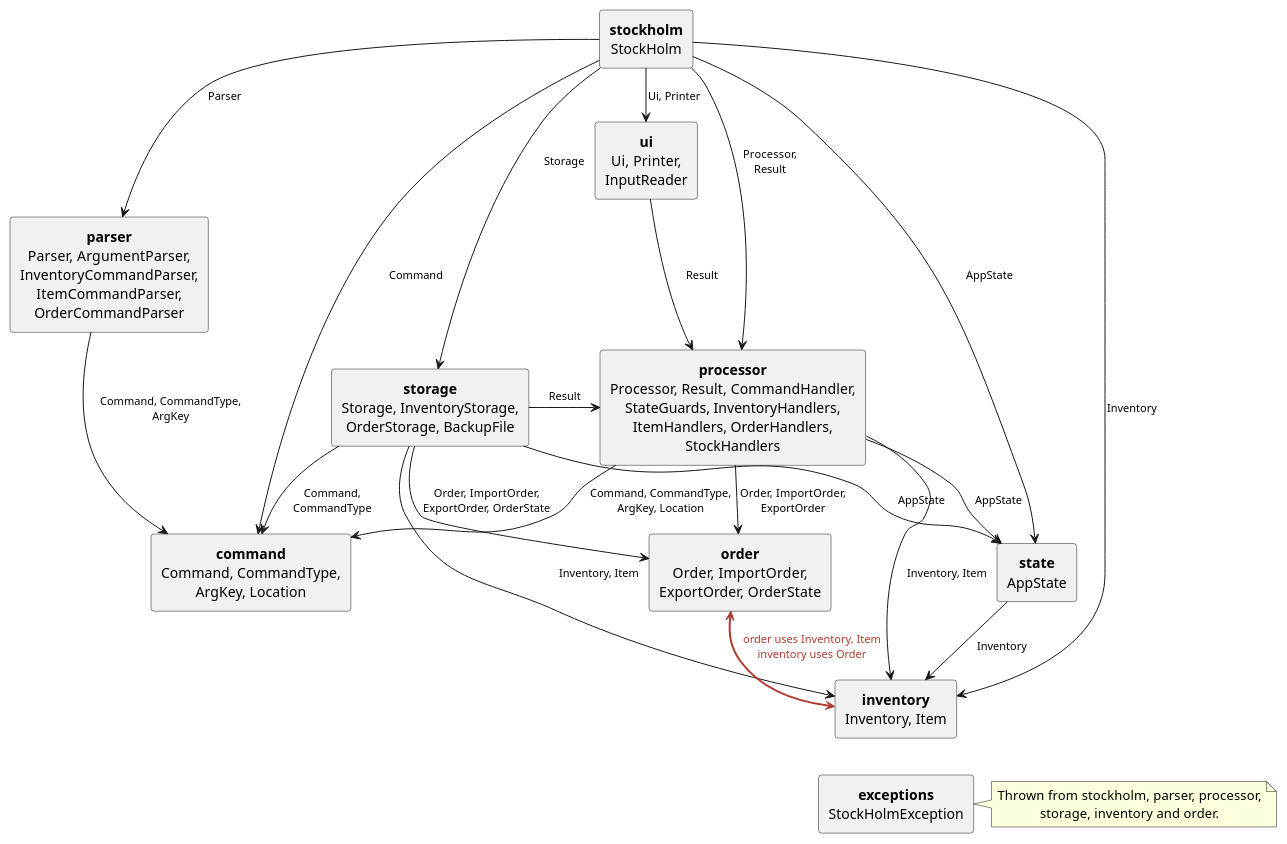
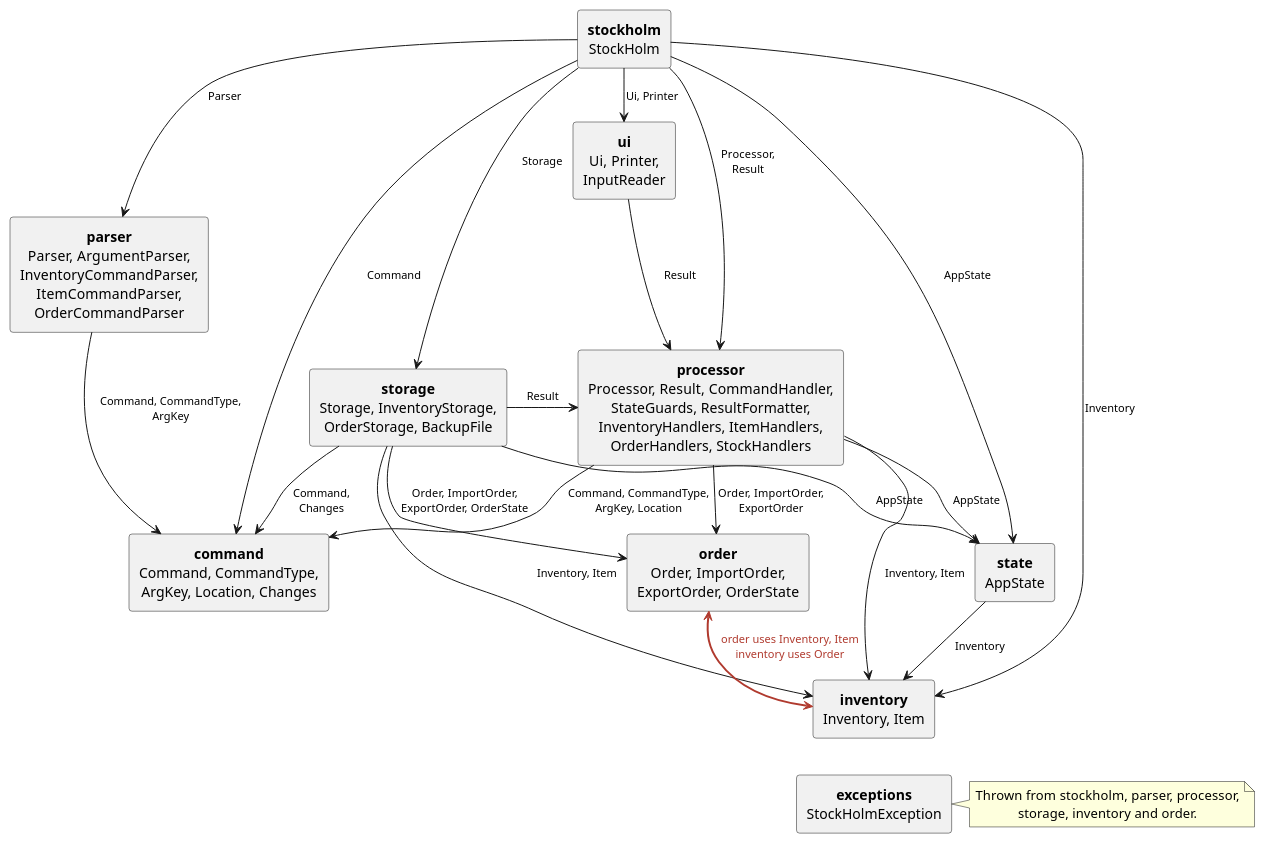
One commit to AY2627S1-CS2113-W14-4/tp changed the diagram in docs/diagrams/CouplingDiagram.puml. Above: the diagram before and after it, drawn with PlantUML. The commit also changed 8 other files, not shown here.

Commit message:
Move list formatting into ResultFormatter

```diff
--- a/docs/diagrams/CouplingDiagram.puml
+++ b/docs/diagrams/CouplingDiagram.puml
@@ -1,52 +1,52 @@
 @startuml
 !pragma layout smetana
 top to bottom direction
 skinparam defaultTextAlignment center
 skinparam ArrowFontSize 11
 skinparam rectangle {
     RoundCorner 6
 }
 
 ' One box per package, listing its classes. Each arrow means "some class in the source package uses
 ' these classes of the target package". Arrows into stockholm.exceptions are left out; see the note.
 
 rectangle "**stockholm**\nStockHolm" as main
 rectangle "**ui**\nUi, Printer,\nInputReader" as ui
 rectangle "**parser**\nParser, ArgumentParser,\nInventoryCommandParser,\nItemCommandParser,\nOrderCommandParser" as parser
 rectangle "**storage**\nStorage, InventoryStorage,\nOrderStorage, BackupFile" as storage
-rectangle "**processor**\nProcessor, Result, CommandHandler,\nStateGuards, InventoryHandlers,\nItemHandlers, OrderHandlers,\nStockHandlers" as processor
-rectangle "**command**\nCommand, CommandType,\nArgKey, Location" as command
+rectangle "**processor**\nProcessor, Result, CommandHandler,\nStateGuards, ResultFormatter,\nInventoryHandlers, ItemHandlers,\nOrderHandlers, StockHandlers" as processor
+rectangle "**command**\nCommand, CommandType,\nArgKey, Location, Changes" as command
 rectangle "**state**\nAppState" as state
 rectangle "**order**\nOrder, ImportOrder,\nExportOrder, OrderState" as order
 rectangle "**inventory**\nInventory, Item" as inventory
 rectangle "**exceptions**\nStockHolmException" as exceptions
 
 main -down-> ui : Ui, Printer
 main -down-> parser : Parser
 main -down-> storage : Storage
 main -down-> processor : Processor,\nResult
 main -down-> state : AppState
 main -down-> command : Command
 main -down-> inventory : Inventory
 
 ui -down-> processor : Result
 parser -down-> command : Command, CommandType,\nArgKey
 storage -right-> processor : Result
-storage -down-> command : Command,\nCommandType
+storage -down-> command : Command,\nChanges
 storage -down-> state : AppState
 storage -down-> order : Order, ImportOrder,\nExportOrder, OrderState
 storage -down-> inventory : Inventory, Item
 processor -down-> command : Command, CommandType,\nArgKey, Location
 processor -down-> state : AppState
 processor -down-> order : Order, ImportOrder,\nExportOrder
 processor -down-> inventory : Inventory, Item
 state -down-> inventory : Inventory
 ' order and inventory depend on each other (a package cycle), so they are drawn as one two-way arrow.
 order <-[#B03A2E,bold]down-> inventory : <color:#B03A2E>order uses Inventory, Item</color>\n<color:#B03A2E>inventory uses Order</color>
 
 note right of exceptions
     Thrown from stockholm, parser, processor,
     storage, inventory and order.
 end note
 inventory -[hidden]down-> exceptions
 @enduml
```
